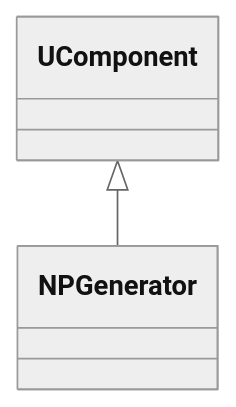
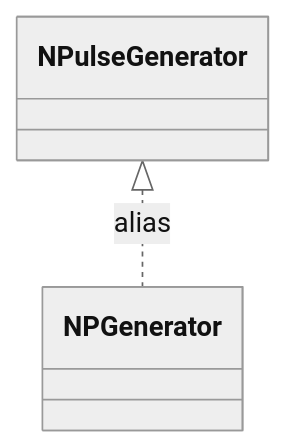
One commit to aicommunity/Nmsdk-PulseLib changed the sixth of 10 diagrams in Docs/Components/NPGenerator.md. Above: the diagram before and after it, drawn with Mermaid (neutral theme). The commit also changed other lines of this file and 196 other files, not shown here.

````diff
--- a/Docs/Components/NPGenerator.md
+++ b/Docs/Components/NPGenerator.md
@@ -58,4 +197,4 @@
 ```mermaid
 classDiagram
-    UComponent <|-- NPGenerator
+    NPulseGenerator <|.. NPGenerator : alias
 ```
````
